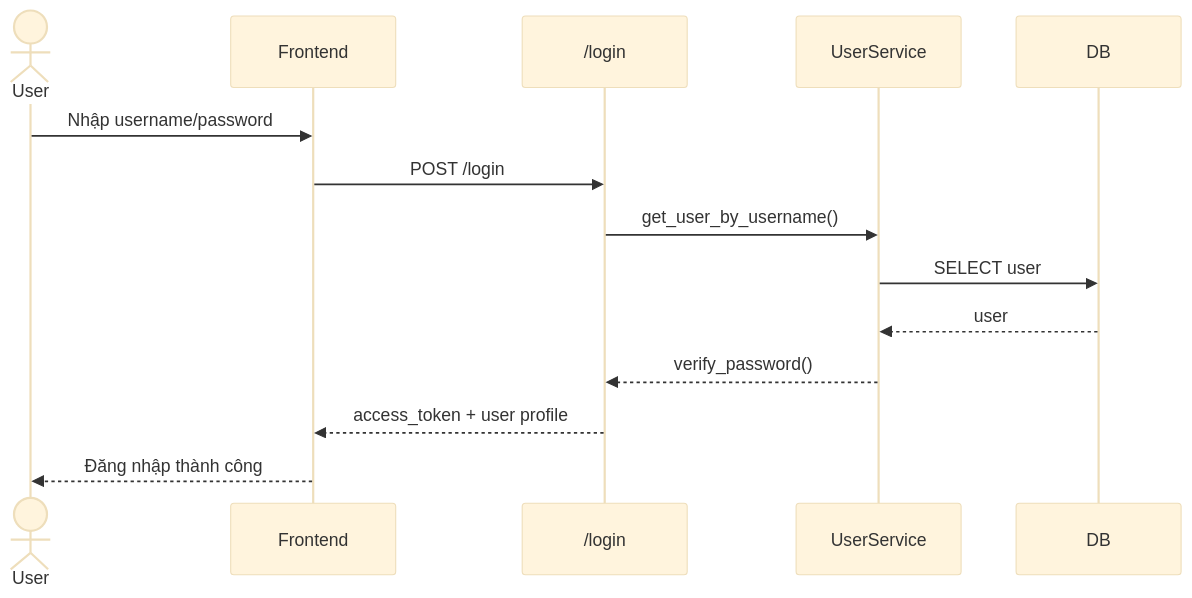
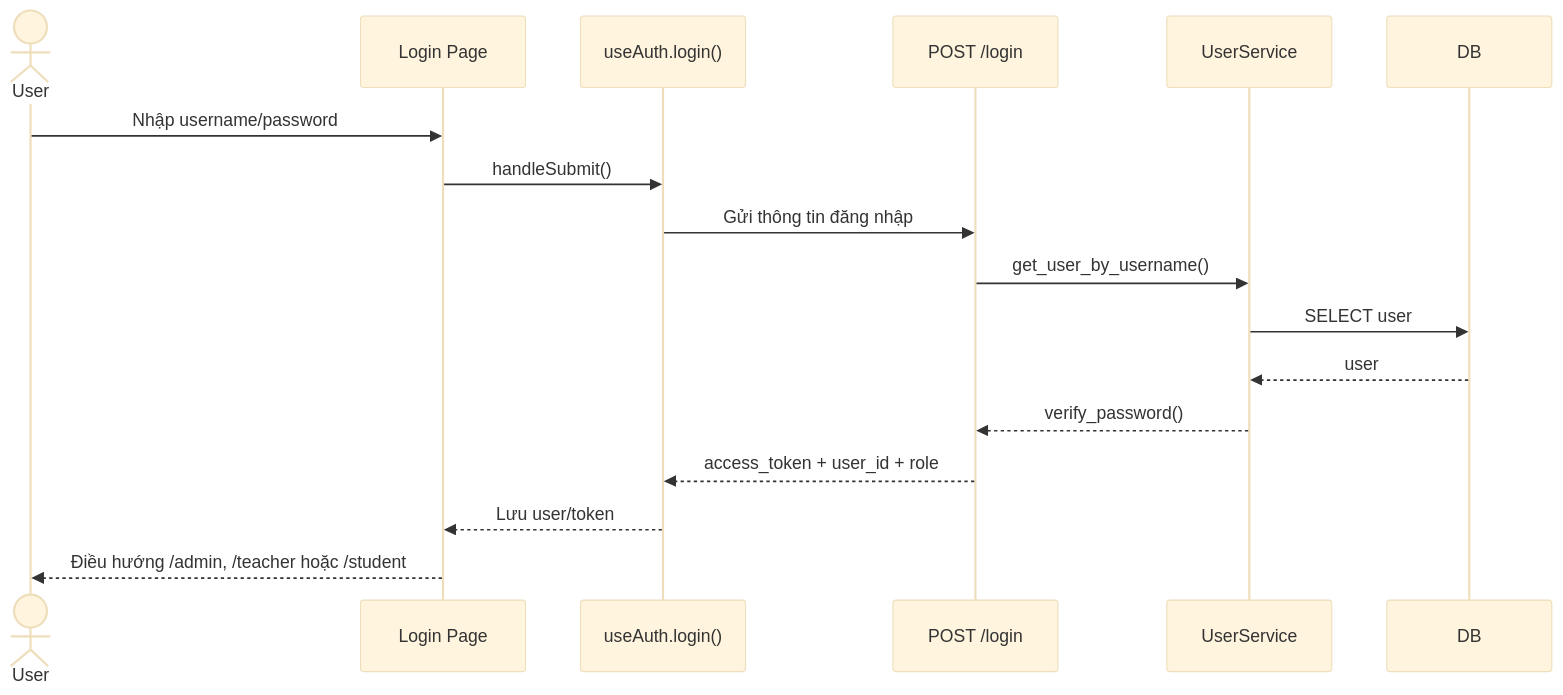
The eighth of 16 diagrams in docs/UML.md (Tedomi2525/My_project), drawn with Mermaid (base theme) before and after one commit. The commit also changed other lines of this file, not shown here.

````diff
--- a/docs/UML.md
+++ b/docs/UML.md
@@ -345,17 +515,20 @@
 ```mermaid
 sequenceDiagram
 actor User
-participant FE as Frontend
-participant AuthAPI as /login
+participant LoginPage as Login Page
+participant AuthComposable as useAuth.login()
+participant AuthAPI as POST /login
 participant UserService
 participant DB
 
-User->>FE: Nhập username/password
-FE->>AuthAPI: POST /login
+User->>LoginPage: Nhập username/password
+LoginPage->>AuthComposable: handleSubmit()
+AuthComposable->>AuthAPI: Gửi thông tin đăng nhập
 AuthAPI->>UserService: get_user_by_username()
 UserService->>DB: SELECT user
 DB-->>UserService: user
 UserService-->>AuthAPI: verify_password()
-AuthAPI-->>FE: access_token + user profile
-FE-->>User: Đăng nhập thành công
+AuthAPI-->>AuthComposable: access_token + user_id + role
+AuthComposable-->>LoginPage: Lưu user/token
+LoginPage-->>User: Điều hướng /admin, /teacher hoặc /student
 ```
````
